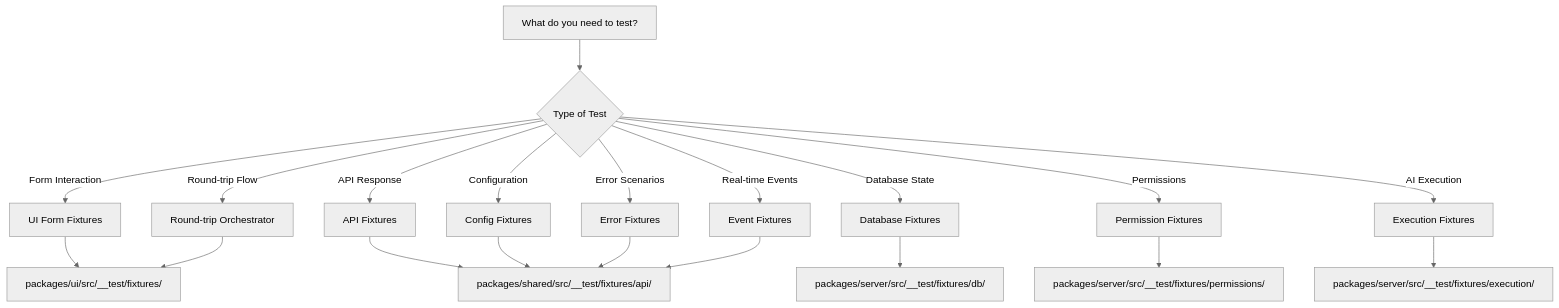
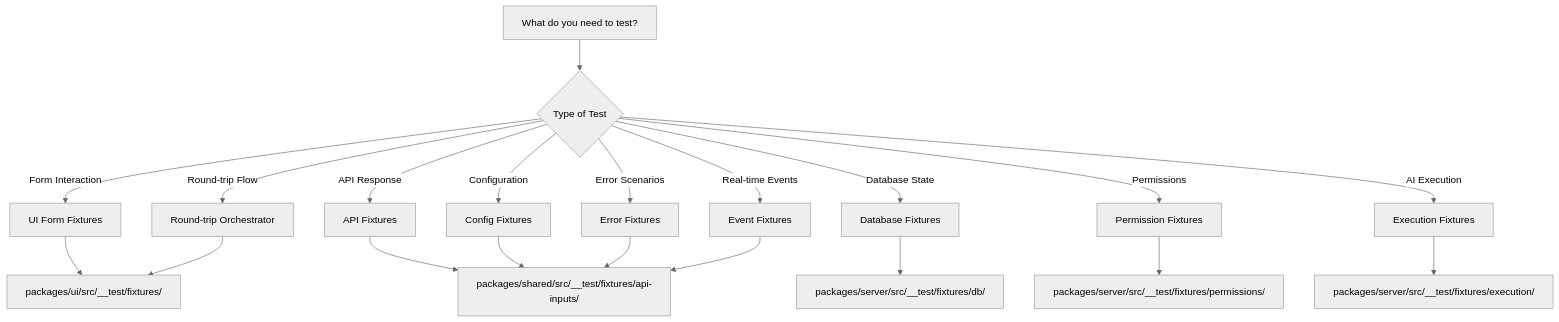
The second of 2 diagrams in docs/testing/fixtures-overview.md (Vrooli/Vrooli), drawn with Mermaid (neutral theme) before and after one commit. The commit also changed other lines of this file and 1222 other files, not shown here.

Commit message:
Major development cycle: CLI, execution architecture, test improvements

````diff
--- a/docs/testing/fixtures-overview.md
+++ b/docs/testing/fixtures-overview.md
@@ -50,23 +50,23 @@
 ```mermaid
 graph TD
     A[What do you need to test?] --> B{Type of Test}
     B -->|Form Interaction| UI[UI Form Fixtures]
     B -->|API Response| C[API Fixtures]
     B -->|Configuration| D[Config Fixtures]
     B -->|Database State| E[Database Fixtures]
     B -->|Error Scenarios| F[Error Fixtures]
     B -->|Real-time Events| G[Event Fixtures]
     B -->|Permissions| H[Permission Fixtures]
     B -->|AI Execution| I[Execution Fixtures]
     B -->|Round-trip Flow| J[Round-trip Orchestrator]
     
     UI --> UI2[packages/ui/src/__test/fixtures/]
-    C --> API2[packages/shared/src/__test/fixtures/api/]
+    C --> API2[packages/shared/src/__test/fixtures/api-inputs/]
     D --> API2
     E --> DB2[packages/server/src/__test/fixtures/db/]
     F --> API2
     G --> API2
     H --> PERM[packages/server/src/__test/fixtures/permissions/]
     I --> EXEC[packages/server/src/__test/fixtures/execution/]
     J --> UI2
 ```
````
